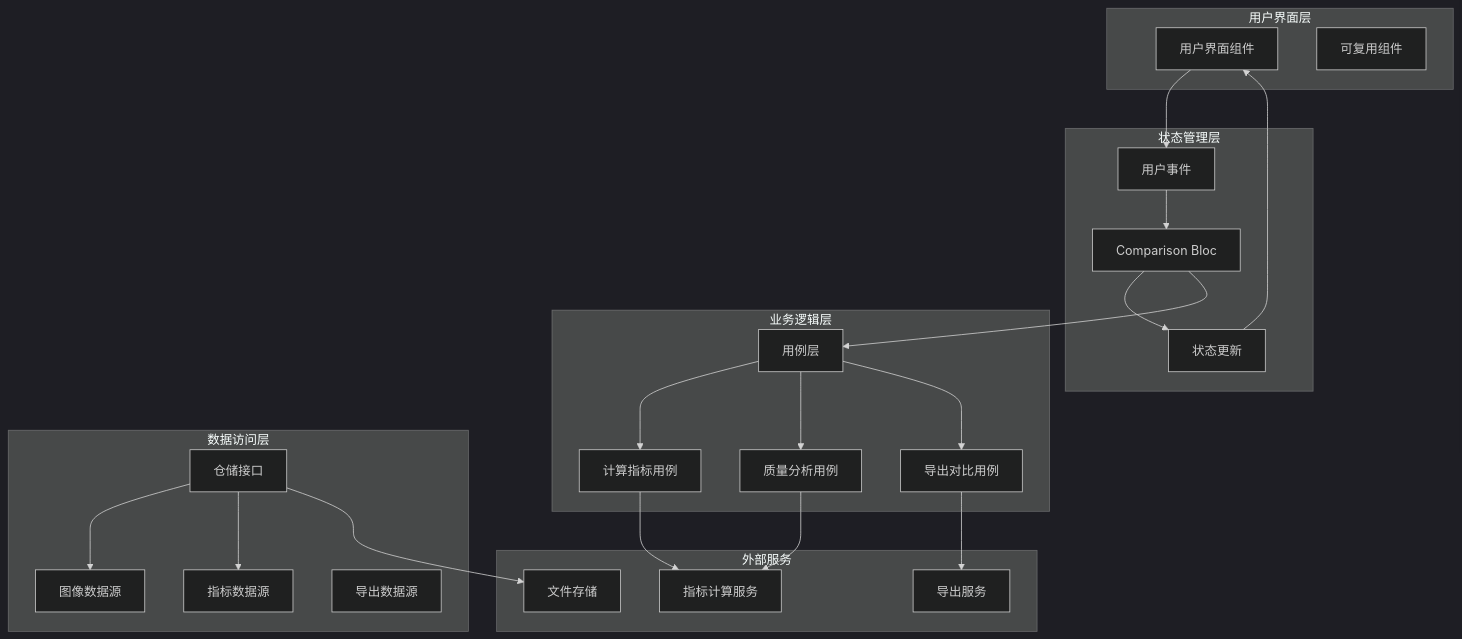
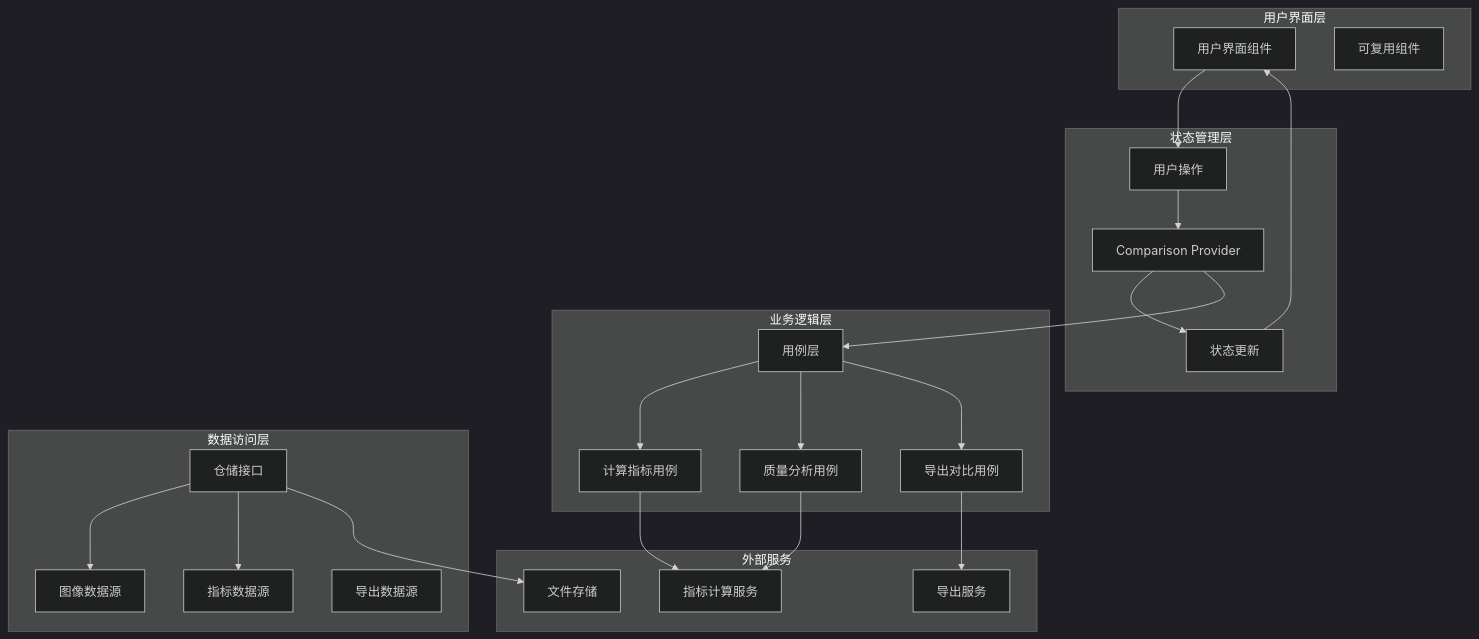
The diagram in dehaze_flutter/docs/module/05-effect-comparison-module.md (earthy-zinc/dehaze-system), drawn with Mermaid (dark theme) before and after one commit. The commit also changed other lines of this file and 32 other files, not shown here.

First line of the commit message:
docs(architecture): 重构架构文档并更新状态管理配置

````diff
--- a/dehaze_flutter/docs/module/05-effect-comparison-module.md
+++ b/dehaze_flutter/docs/module/05-effect-comparison-module.md
@@ -98,48 +98,48 @@
 ```mermaid
 graph TD
     subgraph "用户界面层"
         UI[用户界面组件]
         WIDGETS[可复用组件]
     end
 
     subgraph "状态管理层"
-        BLOC[Comparison Bloc]
-        EVENTS[用户事件]
+        PROVIDER[Comparison Provider]
+        ACTIONS[用户操作]
         STATES[状态更新]
     end
 
     subgraph "业务逻辑层"
         USECASES[用例层]
         CALCULATE[计算指标用例]
         ANALYZE[质量分析用例]
         EXPORT[导出对比用例]
     end
 
     subgraph "数据访问层"
         REPOSITORY[仓储接口]
         IMAGE_DS[图像数据源]
         METRICS_DS[指标数据源]
         EXPORT_DS[导出数据源]
     end
 
     subgraph "外部服务"
         METRICS_SERVICE[指标计算服务]
         FILE_STORAGE[文件存储]
         EXPORT_SERVICE[导出服务]
     end
 
-    UI --> EVENTS
-    EVENTS --> BLOC
-    BLOC --> STATES
+    UI --> ACTIONS
+    ACTIONS --> PROVIDER
+    PROVIDER --> STATES
     STATES --> UI
-    BLOC --> USECASES
+    PROVIDER --> USECASES
     USECASES --> CALCULATE
     USECASES --> ANALYZE
     USECASES --> EXPORT
     CALCULATE --> METRICS_SERVICE
     ANALYZE --> METRICS_SERVICE
     EXPORT --> EXPORT_SERVICE
     REPOSITORY --> IMAGE_DS
     REPOSITORY --> METRICS_DS
     REPOSITORY --> FILE_STORAGE
 ```
````
